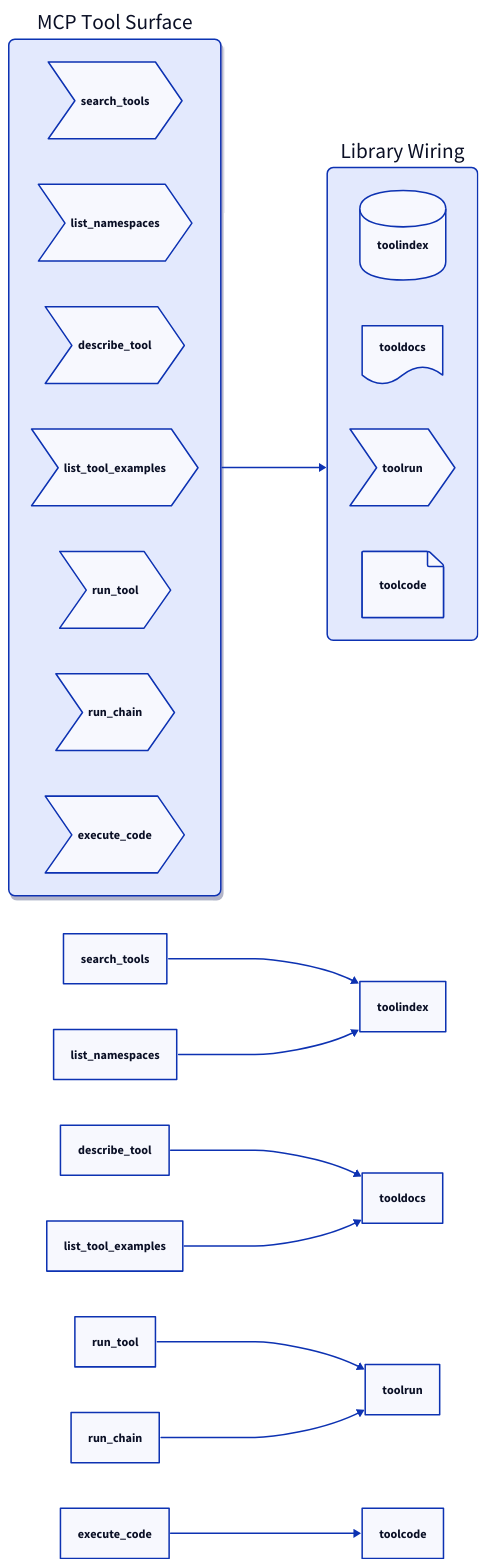
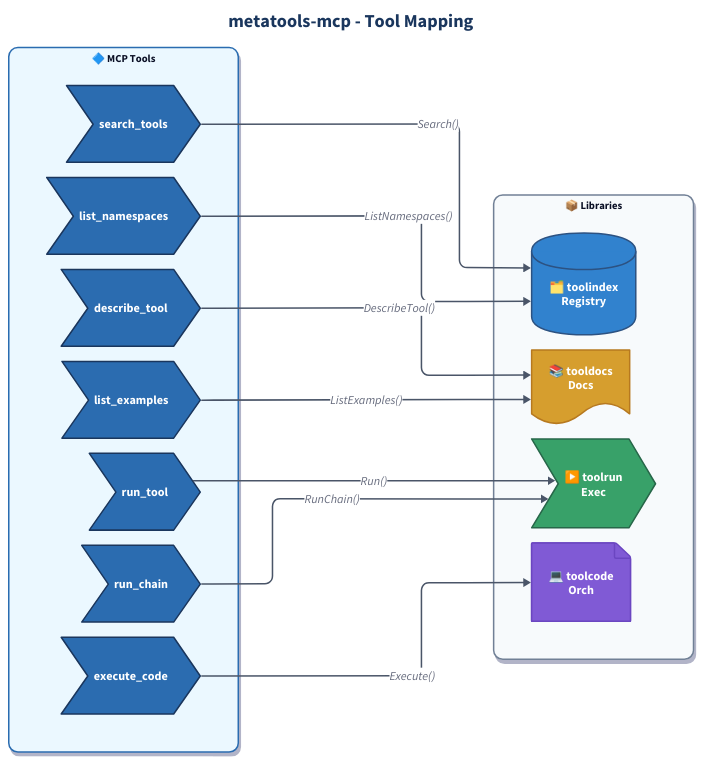
Before and after one commit to jonwraymond/metatools-mcp: the diagram in docs/diagrams/mcp-tool-mapping.d2, drawn with D2. The commit also changed 7 other files, not shown here.

Commit message:
docs(metatools-mcp): refresh diagrams

```diff
--- a/docs/diagrams/mcp-tool-mapping.d2
+++ b/docs/diagrams/mcp-tool-mapping.d2
@@ -1,47 +1,174 @@
+# metatools-mcp Tool Mapping
+# MCP tools to library delegation
+
 direction: right
 
-style: {
-  font-size: 14
+vars: {
+  d2-config: {
+    layout-engine: elk
+    theme-id: 0
+  }
+  surface-fill: "#2b6cb0"
+  discovery-fill: "#3182ce"
+  docs-fill: "#d69e2e"
+  execution-fill: "#38a169"
+  orchestration-fill: "#805ad5"
 }
 
-surface: {
-  label: "MCP Tool Surface"
+classes: {
+  container: {
+    style: {
+      border-radius: 12
+      shadow: true
+      font-size: 14
+      bold: true
+    }
+  }
+  surface-tool: {
+    style: {
+      fill: ${surface-fill}
+      stroke: "#1a365d"
+      stroke-width: 2
+      font-color: "#fff"
+    }
+  }
+  discovery-lib: {
+    style: {
+      fill: ${discovery-fill}
+      stroke: "#2c5282"
+      stroke-width: 2
+      font-color: "#fff"
+    }
+  }
+  docs-lib: {
+    style: {
+      fill: ${docs-fill}
+      stroke: "#b7791f"
+      stroke-width: 2
+      font-color: "#fff"
+    }
+  }
+  execution-lib: {
+    style: {
+      fill: ${execution-fill}
+      stroke: "#276749"
+      stroke-width: 2
+      font-color: "#fff"
+    }
+  }
+  orchestration-lib: {
+    style: {
+      fill: ${orchestration-fill}
+      stroke: "#6b46c1"
+      stroke-width: 2
+      font-color: "#fff"
+    }
+  }
+  data-flow: {
+    style: {
+      stroke: "#4a5568"
+      stroke-width: 2
+    }
+  }
+}
+
+# Title
+title: "metatools-mcp - Tool Mapping" {
+  shape: text
+  near: top-center
   style: {
-    border-radius: 8
-    shadow: true
+    font-size: 24
+    bold: true
+    font-color: "#1a365d"
+  }
+}
+
+# MCP Tool Surface
+surface: "🔷 MCP Tools" {
+  class: container
+  style: {
+    fill: "#ebf8ff"
+    stroke: ${surface-fill}
   }
 
-  search_tools: { shape: step }
-  list_namespaces: { shape: step }
-  describe_tool: { shape: step }
-  list_tool_examples: { shape: step }
-  run_tool: { shape: step }
-  run_chain: { shape: step }
-  execute_code: { shape: step }
+  search_tools: "search_tools" {
+    shape: step
+    class: surface-tool
+  }
+  list_namespaces: "list_namespaces" {
+    shape: step
+    class: surface-tool
+  }
+  describe_tool: "describe_tool" {
+    shape: step
+    class: surface-tool
+  }
+  list_tool_examples: "list_examples" {
+    shape: step
+    class: surface-tool
+  }
+  run_tool: "run_tool" {
+    shape: step
+    class: surface-tool
+  }
+  run_chain: "run_chain" {
+    shape: step
+    class: surface-tool
+  }
+  execute_code: "execute_code" {
+    shape: step
+    class: surface-tool
+  }
 }
 
-libs: {
-  label: "Library Wiring"
+# Library Wiring
+libs: "📦 Libraries" {
+  class: container
   style: {
-    border-radius: 8
-    stroke-width: 2
+    fill: "#f7fafc"
+    stroke: "#718096"
   }
 
-  toolindex: { shape: cylinder }
-  tooldocs: { shape: document }
-  toolrun: { shape: step }
-  toolcode: { shape: page }
+  toolindex: "🗂️ toolindex\nRegistry" {
+    shape: cylinder
+    class: discovery-lib
+  }
+  tooldocs: "📚 tooldocs\nDocs" {
+    shape: document
+    class: docs-lib
+  }
+  toolrun: "▶️ toolrun\nExec" {
+    shape: step
+    class: execution-lib
+  }
+  toolcode: "💻 toolcode\nOrch" {
+    shape: page
+    class: orchestration-lib
+  }
 }
 
-search_tools -> toolindex
-list_namespaces -> toolindex
+# Mappings
+surface.search_tools -> libs.toolindex: "Search()" {
+  class: data-flow
+}
+surface.list_namespaces -> libs.toolindex: "ListNamespaces()" {
+  class: data-flow
+}
 
-describe_tool -> tooldocs
-list_tool_examples -> tooldocs
+surface.describe_tool -> libs.tooldocs: "DescribeTool()" {
+  class: data-flow
+}
+surface.list_tool_examples -> libs.tooldocs: "ListExamples()" {
+  class: data-flow
+}
 
-run_tool -> toolrun
-run_chain -> toolrun
+surface.run_tool -> libs.toolrun: "Run()" {
+  class: data-flow
+}
+surface.run_chain -> libs.toolrun: "RunChain()" {
+  class: data-flow
+}
 
-execute_code -> toolcode
-
-surface -> libs
+surface.execute_code -> libs.toolcode: "Execute()" {
+  class: data-flow
+}
```
